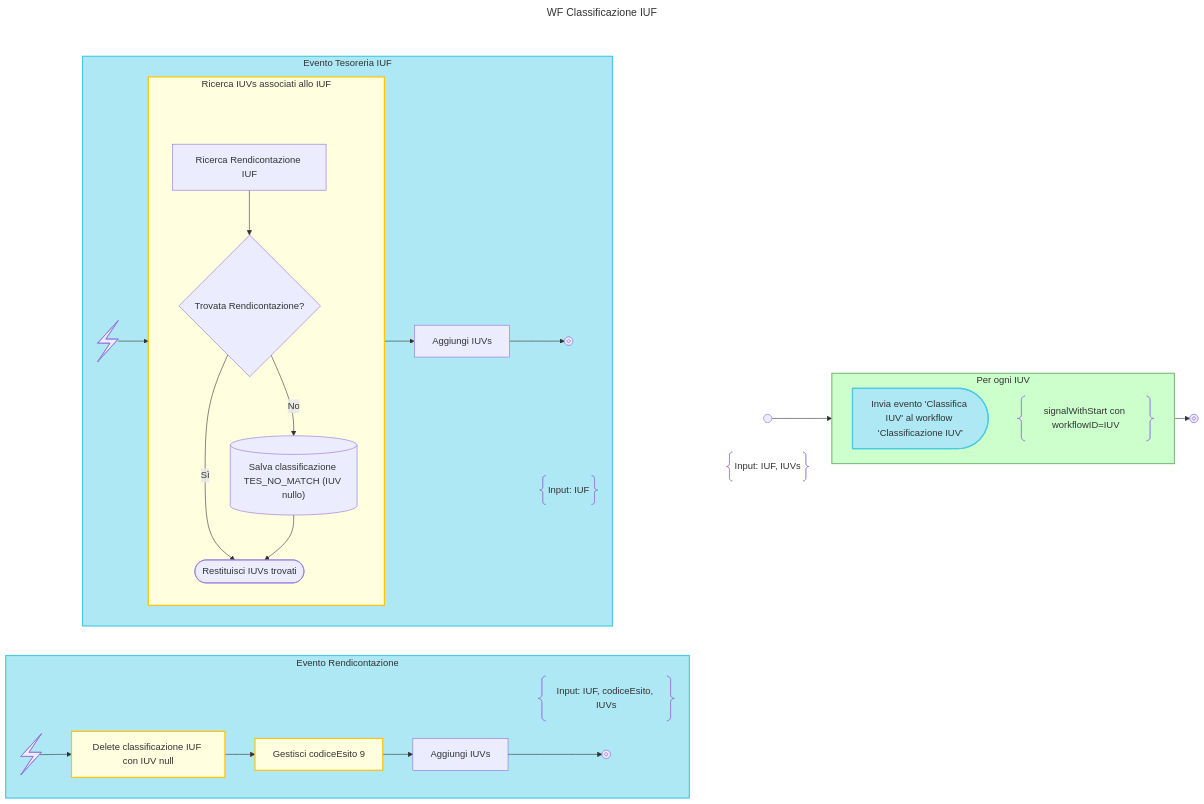
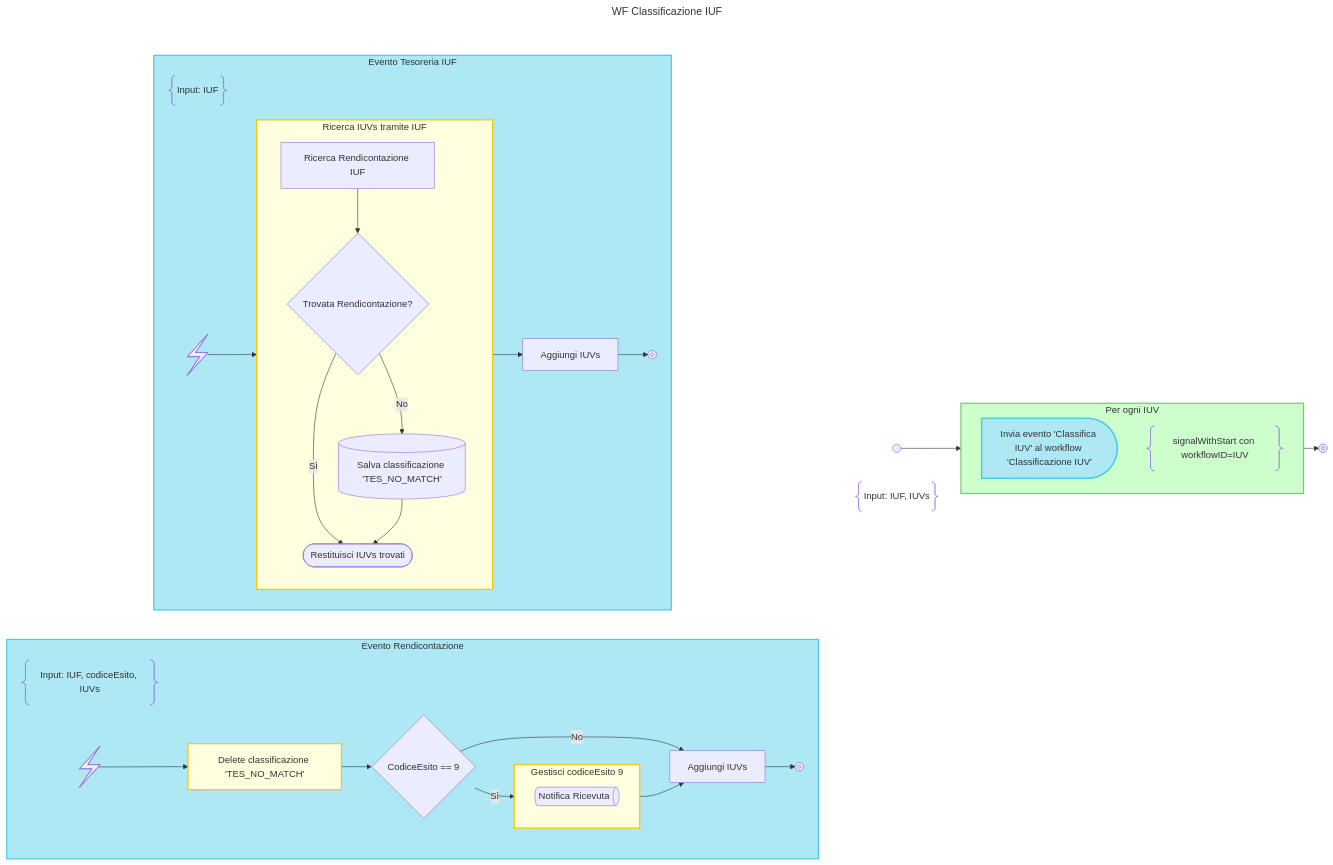
The diagram in design/workflow/classificazioneIncassi/06.classificazioneIuf.mmd (pagopa/p4pa-doc), drawn with Mermaid before and after one commit. The commit also changed 14 other files, not shown here.

```diff
--- a/design/workflow/classificazioneIncassi/06.classificazioneIuf.mmd
+++ b/design/workflow/classificazioneIncassi/06.classificazioneIuf.mmd
@@ -1,76 +1,88 @@
 ---
 title: WF Classificazione IUF
 config:
     flowchart:
         rankSpacing: 1
 ---
 flowchart TD
     subgraph WF_BLOCK
         subgraph NOTE_START_BLOCK
             DESCRIPTION@{ shape: braces, label: "Input: IUF, IUVs" }
             START@{shape: start}
         end
         class NOTE_START_BLOCK hidden
 
         START --> LOOP_IUVs
 
         subgraph LOOP_IUVs["Per ogni IUV"]
         direction TB
 
         SIGNAL_IUV:::send-signal@{shape: delay, label: "Invia evento 'Classifica IUV' al workflow 'Classificazione IUV'"}
         NOTE_SIGNAL_IUV@{ shape: braces, label: "signalWithStart con workflowID=IUV" }
         end
 
         LOOP_IUVs --> END@{shape: stop}
         class LOOP_IUVs loop
     end
     class WF_BLOCK hidden
 
     subgraph SIGNALS_BLOCK
     direction LR
 
         subgraph SIGNAL_RENDICONTAZIONE_BLOCK["Evento Rendicontazione"]
         direction LR
-            DESCRIPTION_SIGNAL_RENDICONTAZIONE@{ shape: braces, label: "Input: IUF, codiceEsito, IUVs" }
+            DESCRIPTION_SIGNAL_RENDICONTAZIONE@{ shape: braces, label: "Input: IUF, codiceEsito, IUVs" } -->
+            DUMMY1:::hidden --> DUMMY2:::hidden --> DUMMY3:::hidden --> DUMMY4:::hidden --> DUMMY5:::hidden
+            linkStyle 2,3,4,5,6 display:none
+
             SIGNAL_RENDICONTAZIONE@{ shape: bolt } -->
-            DELETE_CLASSIFY_NULL_IUV:::activity@{label: "Delete classificazione IUF con IUV null"} -->
-            HANDLE_CODICEESITO9:::activity@{label: "Gestisci codiceEsito 9"} -->
+            DELETE_CLASSIFY_NULL_IUV:::activity@{label: "Delete classificazione 'TES_NO_MATCH'"} -->
+            IS_CODICEESITO9{"CodiceEsito == 9"} --> |Sì|HANDLE_CODICEESITO9
+            subgraph HANDLE_CODICEESITO9["Gestisci codiceEsito 9"]
+                SEND_RT_MSG@{shape: das, label: "Notifica Ricevuta"}
+            end
+            class HANDLE_CODICEESITO9 activity
+
+            IS_CODICEESITO9 --> |No|ADD_RENDICONTAZIONE_IUVS
+
+            HANDLE_CODICEESITO9 -->
             ADD_RENDICONTAZIONE_IUVS["Aggiungi IUVs "] -->
             SIGNAL_RENDICONTAZIONE_END@{ shape: "stop" }
         end
         class SIGNAL_RENDICONTAZIONE_BLOCK signal_block
 
         subgraph SIGNAL_TESORERIA_BLOCK["Evento Tesoreria IUF"]
         direction LR
-            DESCRIPTION_SIGNAL_TESORERIA@{ shape: braces, label: "Input: IUF" }
+            DESCRIPTION_SIGNAL_TESORERIA@{ shape: braces, label: "Input: IUF" } -->
+            DUMMY6:::hidden --> DUMMY7:::hidden --> DUMMY8:::hidden
+            linkStyle 13,14,15 display:none
+
             SIGNAL_TESORERIA@{ shape: bolt } --> FIND_TESORERIA_IUVS_ACTIVITY
 
-            subgraph FIND_TESORERIA_IUVS_ACTIVITY["Ricerca IUVs associati allo IUF"]
-                DUMMY2:::hidden --> FIND_TESORERIA_IUVS
-                linkStyle 7 display:none
+            subgraph FIND_TESORERIA_IUVS_ACTIVITY["Ricerca IUVs tramite IUF"]
 
                 FIND_TESORERIA_IUVS["Ricerca Rendicontazione IUF"] -->
                 EXISTS_RENDICONTAZIONE_TES{"Trovata Rendicontazione?"}
 
                 EXISTS_RENDICONTAZIONE_TES -->|Sì|RETURN_TESORERIA_IUVS@{shape: terminal, label: "Restituisci IUVs trovati"}
 
                 EXISTS_RENDICONTAZIONE_TES -->
-                |No|SAVE_TES_ANOMALY@{shape: database, label: "Salva classificazione TES_NO_MATCH (IUV nullo)"} -->
+                |No|SAVE_TES_ANOMALY@{shape: database, label: "Salva classificazione 'TES_NO_MATCH'"} -->
                 RETURN_TESORERIA_IUVS
             end
             class FIND_TESORERIA_IUVS_ACTIVITY activity
 
             FIND_TESORERIA_IUVS_ACTIVITY -->
             ADD_TESORERIA_IUVS["Aggiungi IUVs "] -->
             SIGNAL_TESORERIA_END@{ shape: "stop" }
         end
         class SIGNAL_TESORERIA_BLOCK signal_block
     end
     class SIGNALS_BLOCK hidden
 
     classDef note_block display:none;
     classDef hidden display:none;
     classDef activity fill:#FFFFE0, stroke:#ffc300, stroke-width:2px;
     classDef loop fill:#CCFFCC, stroke:#7FBF7F, stroke-width:2px, padding-bottom: 5px;
     classDef signal_block fill:#ade8f4, stroke:#48cae4, stroke-width:2px
     classDef send-signal fill:#ade8f4, stroke:#48cae4, stroke-width:2px
```
